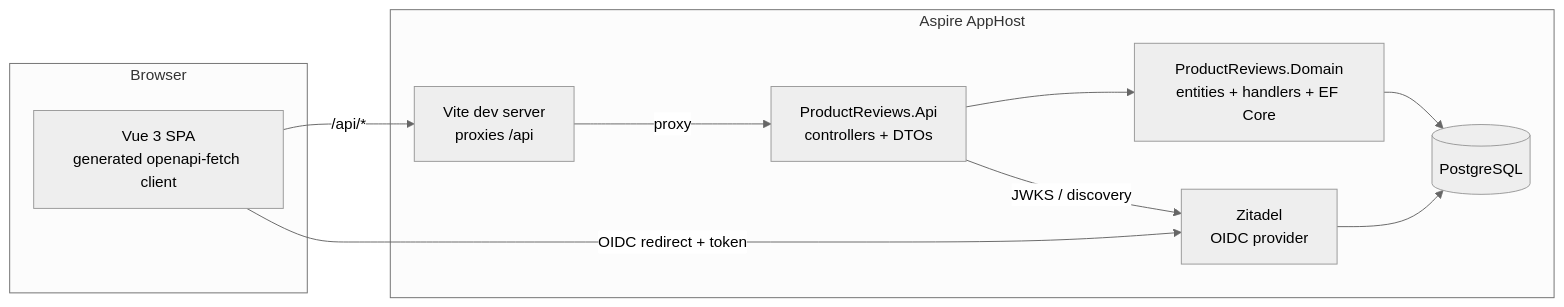
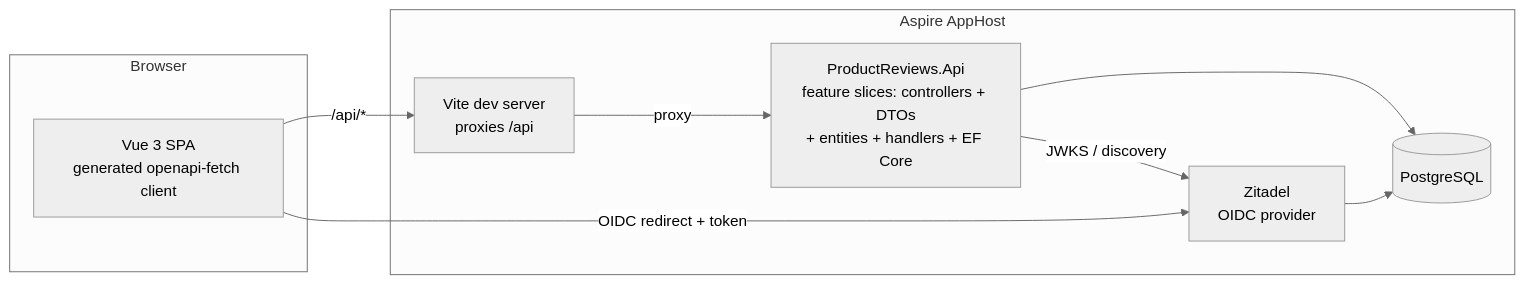
One commit to KaliCZ/StrongTypes-Example changed the first of 2 diagrams in docs/technical-requirements.md. Above: the diagram before and after it, drawn with Mermaid (neutral theme). The commit also changed other lines of this file and 16 other files, not shown here.

````diff
--- a/docs/technical-requirements.md
+++ b/docs/technical-requirements.md
@@ -30,17 +30,16 @@
 ```mermaid
 flowchart LR
     subgraph Browser
         SPA[Vue 3 SPA<br/>generated openapi-fetch client]
     end
     subgraph Aspire AppHost
         FE[Vite dev server<br/>proxies /api]
-        API[ProductReviews.Api<br/>controllers + DTOs]
-        DOM[ProductReviews.Domain<br/>entities + handlers + EF Core]
+        API[ProductReviews.Api<br/>feature slices: controllers + DTOs<br/>+ entities + handlers + EF Core]
         PG[(PostgreSQL)]
         ZIT[Zitadel<br/>OIDC provider]
     end
-    SPA -->|/api/*| FE -->|proxy| API --> DOM --> PG
+    SPA -->|/api/*| FE -->|proxy| API --> PG
     SPA -->|OIDC redirect + token| ZIT
     API -->|JWKS / discovery| ZIT
     ZIT --> PG
 ```
````
